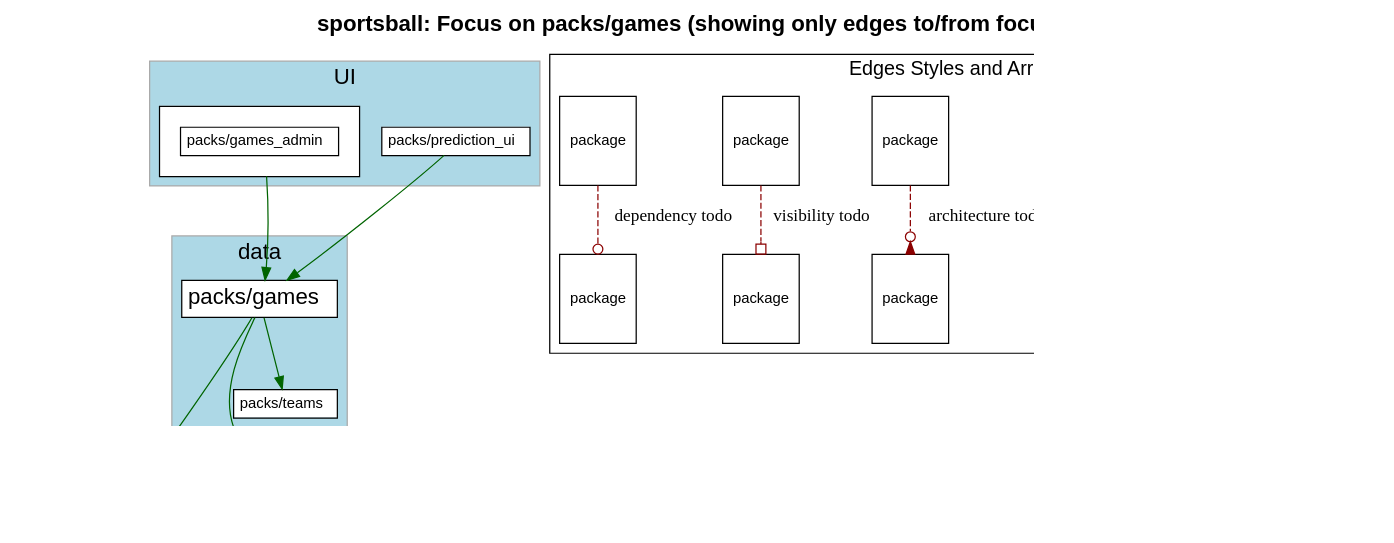
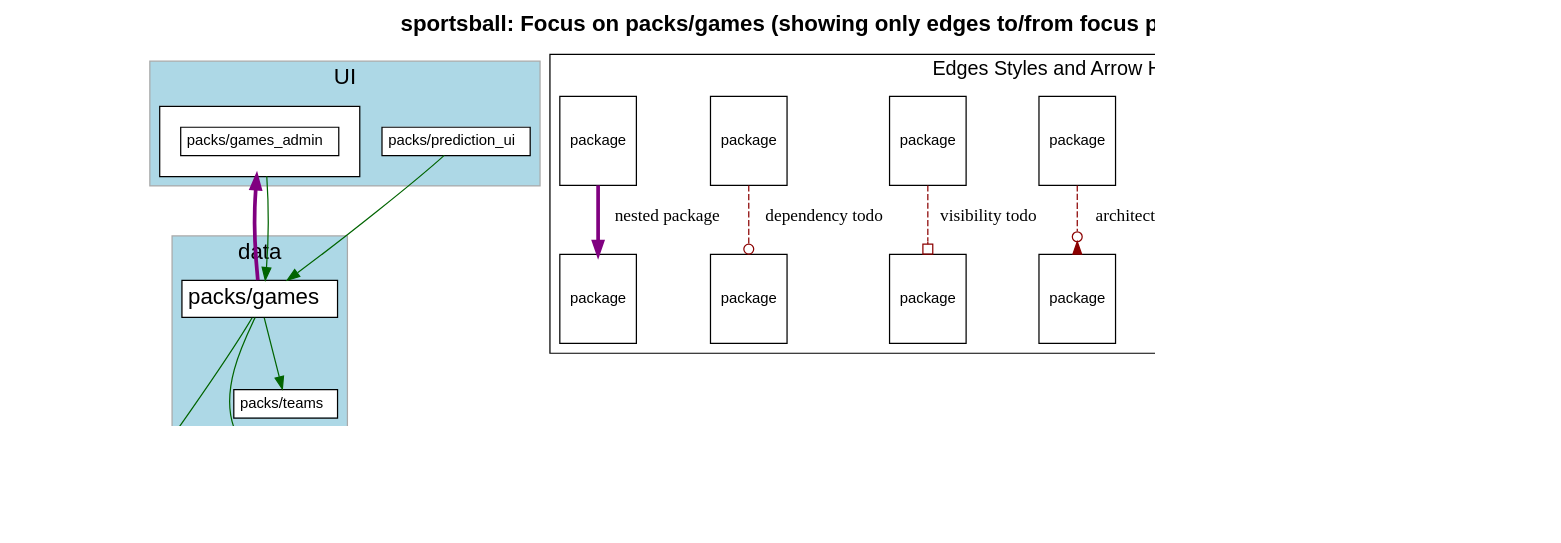
One commit to shageman/package-based-rails-applications-book changed the diagram in c6s01/sportsball/diagrams/packs_games_focus.dot. Above: the diagram before and after it, drawn with Graphviz. The commit also changed 4697 other files, not shown here.

```diff
--- a/c6s01/sportsball/diagrams/packs_games_focus.dot
+++ b/c6s01/sportsball/diagrams/packs_games_focus.dot
@@ -1,157 +1,161 @@
 digraph package_diagram {
   rankdir=TD
   graph [
     labelloc="t"
     fontname="Helvetica,Arial,sans-serif"
     dpi=100
     layout=dot
     label=<<b>sportsball: Focus on packs/games (showing only edges to/from focus pack)</b>>
     fontsize=18
   ]
   node [
     fontname="Helvetica,Arial,sans-serif"
     fontsize=26.0
     fontcolor=black
     fillcolor=white
     color=black
     height=1.0
     style=filled
     shape=plain
   ]
     subgraph app {
       shape=box
       color=darkgrey
       fillcolor=lightblue
       style=filled
         label="app"
         cluster=true
         rank = 0    }
     subgraph UI {
       shape=box
       color=darkgrey
       fillcolor=lightblue
       style=filled
         label="UI"
         cluster=true
         rank = 1        "packs/games_admin" [
             fontsize=12.0
             label= <
                 <table border='0' cellborder='1' cellspacing='0' cellpadding='16'><tr><td>
                   <table border='0' cellborder='1' cellspacing='0' cellpadding='4'>
                     <tr> <td port='private'> packs/games_admin </td> </tr>
                   </table>
                 </td></tr></table>
               >
           ]
         
         "packs/prediction_ui" [
             fontsize=12.0
             label= <
                 <table border='0' cellborder='1' cellspacing='0' cellpadding='4'>
                   <tr> <td align='left'> packs/prediction_ui </td> </tr>
                 </table>
               >
           ]
         
     }
     subgraph data {
       shape=box
       color=darkgrey
       fillcolor=lightblue
       style=filled
         label="data"
         cluster=true
         rank = 2        "packs/games" [
             fontsize=18.0
             label= <
                 <table border='0' cellborder='1' cellspacing='0' cellpadding='4'>
                   <tr> <td align='left'> packs/games </td> </tr>
                 </table>
               >
           ]
         
         "packs/teams" [
             fontsize=12.0
             label= <
                 <table border='0' cellborder='1' cellspacing='0' cellpadding='4'>
                   <tr> <td align='left'> packs/teams </td> </tr>
                 </table>
               >
           ]
         
     }
               "packs/games_admin" -> "packs/games" [ style=invis ]
               "packs/prediction_ui" -> "packs/games" [ style=invis ]
               "packs/games_admin" -> "packs/teams" [ style=invis ]
               "packs/prediction_ui" -> "packs/teams" [ style=invis ]
     subgraph utility {
       shape=box
       color=darkgrey
       fillcolor=lightblue
       style=filled
         label="utility"
         cluster=true
         rank = 3        "packs/predictor_interface" [
             fontsize=12.0
             label= <
                 <table border='0' cellborder='1' cellspacing='0' cellpadding='16'><tr><td>
                   <table border='0' cellborder='1' cellspacing='0' cellpadding='4'>
                     <tr> <td port='private'> packs/predictor_interface </td> </tr>
                   </table>
                 </td></tr></table>
               >
           ]
         
         "packs/rails_shims" [
             fontsize=12.0
             label= <
                 <table border='0' cellborder='1' cellspacing='0' cellpadding='4'>
                   <tr> <td align='left'> packs/rails_shims </td> </tr>
                 </table>
               >
           ]
         
     }
               "packs/games" -> "packs/predictor_interface" [ style=invis ]
               "packs/teams" -> "packs/predictor_interface" [ style=invis ]
               "packs/games" -> "packs/rails_shims" [ style=invis ]
               "packs/teams" -> "packs/rails_shims" [ style=invis ]
     subgraph NotInLayer {
       shape=box
       color=darkgrey
       fillcolor=lightblue
       style=filled
         cluster=false
     }
           "packs/games" -> "packs/predictor_interface" [ color=darkgreen ]
           "packs/games" -> "packs/rails_shims" [ color=darkgreen ]
           "packs/games" -> "packs/teams" [ color=darkgreen ]
           "packs/games_admin" -> "packs/games" [ color=darkgreen ]
           "packs/prediction_ui" -> "packs/games" [ color=darkgreen ]
+        "packs/games" -> "packs/games_admin" [ color=purple penwidth=3 ]
   subgraph cluster_legend {
     fontsize=16
     label="Edges Styles and Arrow Heads"
     A [ fontsize=12 shape=box label="package"]
     B [ fontsize=12 shape=box label="package"]
     C [ fontsize=12 shape=box label="package"]
     D [ fontsize=12 shape=box label="package"]
     E [ fontsize=12 shape=box label="package"]
     F [ fontsize=12 shape=box label="package"]
     G [ fontsize=12 shape=box label="package"]
     H [ fontsize=12 shape=box label="package"]
     I [ fontsize=12 shape=box label="package"]
     J [ fontsize=12 shape=box label="package"]
+    K [ fontsize=12 shape=box label="package"]
+    L [ fontsize=12 shape=box label="package"]
     A -> B [label="accepted dependency" color=darkgreen]
     C -> D [label="privac todo" color=darkred style=dashed arrowhead=crow]
     E -> F [label="architecture todo" color=darkred style=dashed arrowhead=invodot]
     G -> H [label="visibility todo" color=darkred style=dashed arrowhead=obox]
     I -> J [label="dependency todo" color=darkred style=dashed arrowhead=odot]
+    K -> L [label="nested package" color=purple penwidth=3]
   }
   subgraph cluster_teams_legend {
     fontsize=16
     label="Team Colors"
 
 
   }
   J -> "" [style=invis]
 }
```
